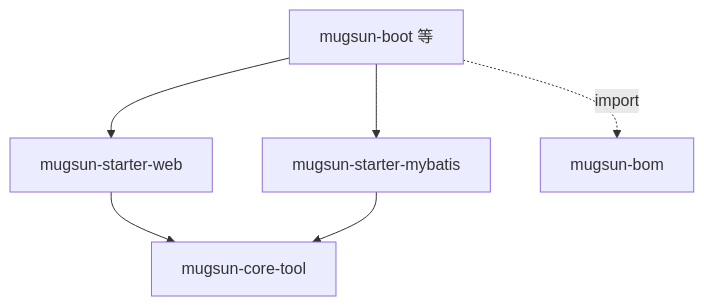
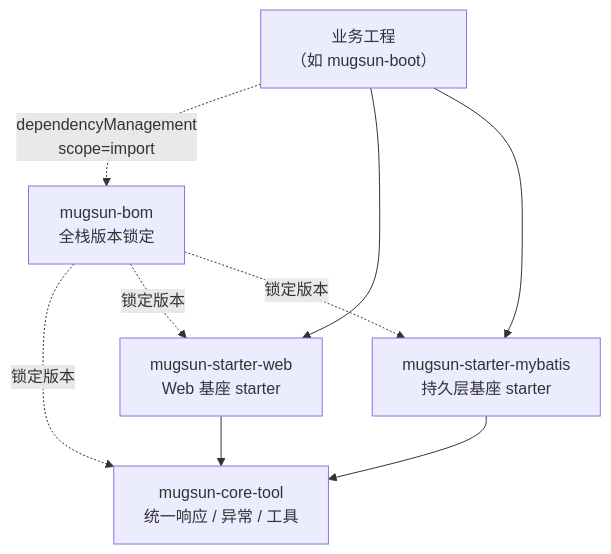
Before and after one commit to mugsun/mugsun-core: the first of 2 diagrams in README.md, drawn with Mermaid. The commit also changed other lines of this file and 2 other files, not shown here.

````diff
--- a/README.md
+++ b/README.md
@@ -23,8 +27,17 @@
 ```mermaid
 graph TD
-    BIZ[mugsun-boot 等] --> WEB[mugsun-starter-web]
-    BIZ --> MB[mugsun-starter-mybatis]
-    BIZ -. import .-> BOM[mugsun-bom]
-    WEB --> TOOL[mugsun-core-tool]
+    BIZ["业务工程<br/>（如 mugsun-boot）"]
+    BOM["mugsun-bom<br/>全栈版本锁定"]
+    TOOL["mugsun-core-tool<br/>统一响应 / 异常 / 工具"]
+    WEB["mugsun-starter-web<br/>Web 基座 starter"]
+    MB["mugsun-starter-mybatis<br/>持久层基座 starter"]
+
+    BIZ -.->|dependencyManagement<br/>scope=import| BOM
+    BIZ --> WEB
+    BIZ --> MB
+    BOM -.->|锁定版本| TOOL
+    BOM -.->|锁定版本| WEB
+    BOM -.->|锁定版本| MB
+    WEB --> TOOL
     MB --> TOOL
 ```
````
